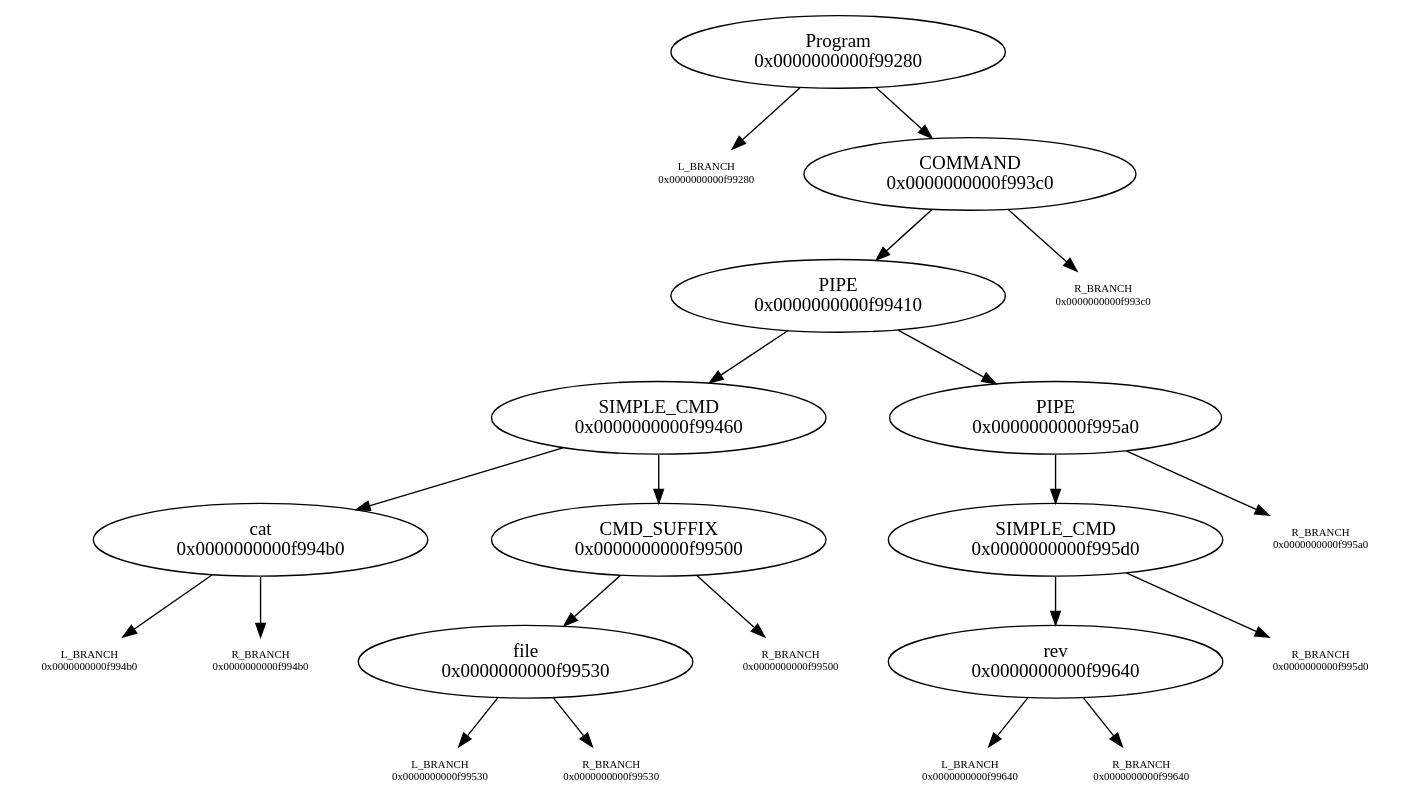
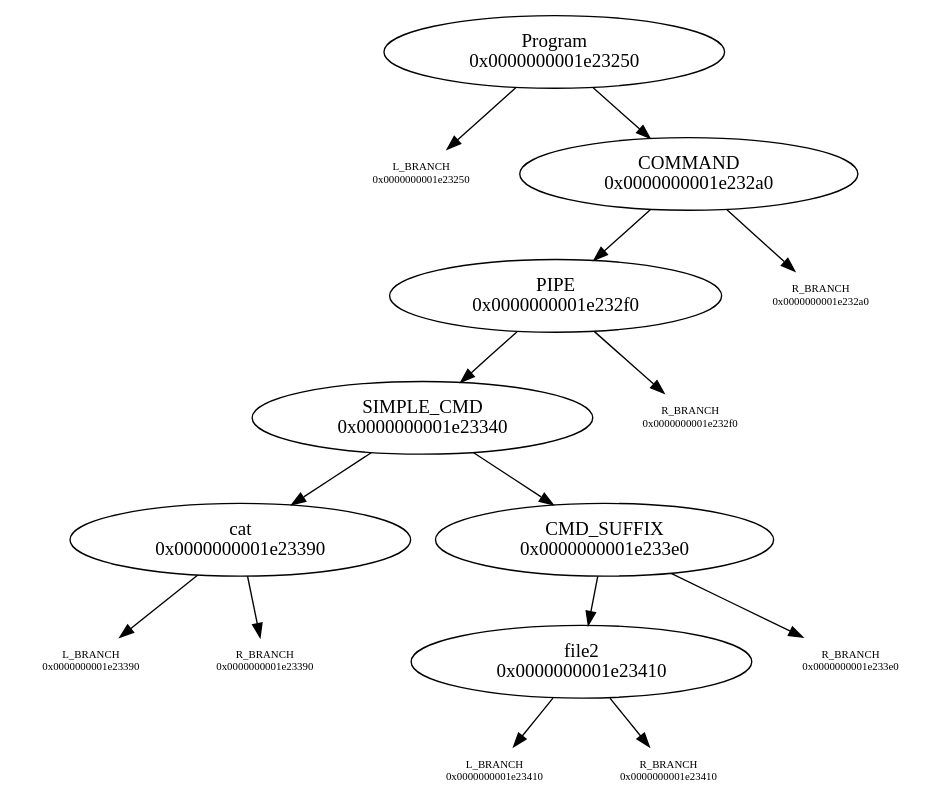
Before and after one commit to N-4-Nina/Minishell: the diagram in graph.dot, drawn with Graphviz. The commit also changed 8 other files, not shown here.

```diff
--- a/graph.dot
+++ b/graph.dot
@@ -1,34 +1,25 @@
 digraph graphname {
-"Program\n0x0000000000f99280" -> "L_BRANCH\n0x0000000000f99280";
-"L_BRANCH\n0x0000000000f99280" [shape=none fontsize=8]
-"Program\n0x0000000000f99280" -> "COMMAND\n0x0000000000f993c0";
-"COMMAND\n0x0000000000f993c0" -> "PIPE\n0x0000000000f99410";
-"COMMAND\n0x0000000000f993c0" -> "R_BRANCH\n0x0000000000f993c0";
-"R_BRANCH\n0x0000000000f993c0" [shape=none fontsize=8]
-"PIPE\n0x0000000000f99410" -> "SIMPLE_CMD\n0x0000000000f99460";
-"PIPE\n0x0000000000f99410" -> "PIPE\n0x0000000000f995a0";
-"SIMPLE_CMD\n0x0000000000f99460" -> "cat\n0x0000000000f994b0";
-"SIMPLE_CMD\n0x0000000000f99460" -> "CMD_SUFFIX\n0x0000000000f99500";
-"cat\n0x0000000000f994b0" -> "L_BRANCH\n0x0000000000f994b0";
-"L_BRANCH\n0x0000000000f994b0" [shape=none fontsize=8]
-"cat\n0x0000000000f994b0" -> "R_BRANCH\n0x0000000000f994b0";
-"R_BRANCH\n0x0000000000f994b0" [shape=none fontsize=8]
-"CMD_SUFFIX\n0x0000000000f99500" -> "file\n0x0000000000f99530";
-"CMD_SUFFIX\n0x0000000000f99500" -> "R_BRANCH\n0x0000000000f99500";
-"R_BRANCH\n0x0000000000f99500" [shape=none fontsize=8]
-"file\n0x0000000000f99530" -> "L_BRANCH\n0x0000000000f99530";
-"L_BRANCH\n0x0000000000f99530" [shape=none fontsize=8]
-"file\n0x0000000000f99530" -> "R_BRANCH\n0x0000000000f99530";
-"R_BRANCH\n0x0000000000f99530" [shape=none fontsize=8]
-"PIPE\n0x0000000000f995a0" -> "SIMPLE_CMD\n0x0000000000f995d0";
-"PIPE\n0x0000000000f995a0" -> "R_BRANCH\n0x0000000000f995a0";
-"R_BRANCH\n0x0000000000f995a0" [shape=none fontsize=8]
-"SIMPLE_CMD\n0x0000000000f995d0" -> "rev\n0x0000000000f99640";
-"SIMPLE_CMD\n0x0000000000f995d0" -> "R_BRANCH\n0x0000000000f995d0";
-"R_BRANCH\n0x0000000000f995d0" [shape=none fontsize=8]
-"rev\n0x0000000000f99640" -> "L_BRANCH\n0x0000000000f99640";
-"L_BRANCH\n0x0000000000f99640" [shape=none fontsize=8]
-"rev\n0x0000000000f99640" -> "R_BRANCH\n0x0000000000f99640";
-"R_BRANCH\n0x0000000000f99640" [shape=none fontsize=8]
+"Program\n0x0000000001e23250" -> "L_BRANCH\n0x0000000001e23250";
+"L_BRANCH\n0x0000000001e23250" [shape=none fontsize=8]
+"Program\n0x0000000001e23250" -> "COMMAND\n0x0000000001e232a0";
+"COMMAND\n0x0000000001e232a0" -> "PIPE\n0x0000000001e232f0";
+"COMMAND\n0x0000000001e232a0" -> "R_BRANCH\n0x0000000001e232a0";
+"R_BRANCH\n0x0000000001e232a0" [shape=none fontsize=8]
+"PIPE\n0x0000000001e232f0" -> "SIMPLE_CMD\n0x0000000001e23340";
+"PIPE\n0x0000000001e232f0" -> "R_BRANCH\n0x0000000001e232f0";
+"R_BRANCH\n0x0000000001e232f0" [shape=none fontsize=8]
+"SIMPLE_CMD\n0x0000000001e23340" -> "cat\n0x0000000001e23390";
+"SIMPLE_CMD\n0x0000000001e23340" -> "CMD_SUFFIX\n0x0000000001e233e0";
+"cat\n0x0000000001e23390" -> "L_BRANCH\n0x0000000001e23390";
+"L_BRANCH\n0x0000000001e23390" [shape=none fontsize=8]
+"cat\n0x0000000001e23390" -> "R_BRANCH\n0x0000000001e23390";
+"R_BRANCH\n0x0000000001e23390" [shape=none fontsize=8]
+"CMD_SUFFIX\n0x0000000001e233e0" -> "file2\n0x0000000001e23410";
+"CMD_SUFFIX\n0x0000000001e233e0" -> "R_BRANCH\n0x0000000001e233e0";
+"R_BRANCH\n0x0000000001e233e0" [shape=none fontsize=8]
+"file2\n0x0000000001e23410" -> "L_BRANCH\n0x0000000001e23410";
+"L_BRANCH\n0x0000000001e23410" [shape=none fontsize=8]
+"file2\n0x0000000001e23410" -> "R_BRANCH\n0x0000000001e23410";
+"R_BRANCH\n0x0000000001e23410" [shape=none fontsize=8]
 
 }
```
